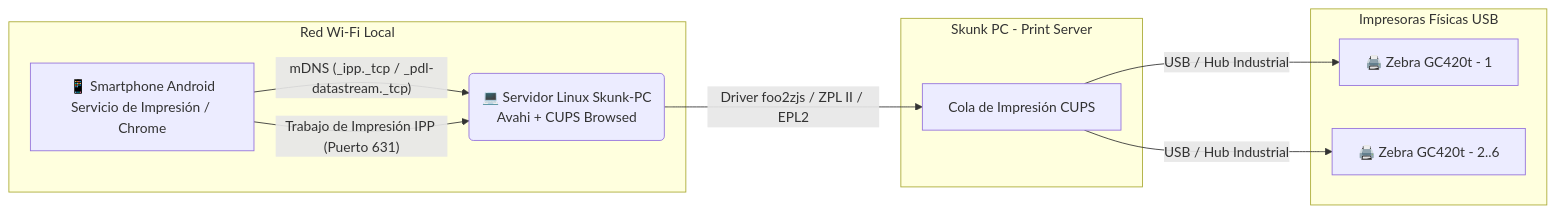
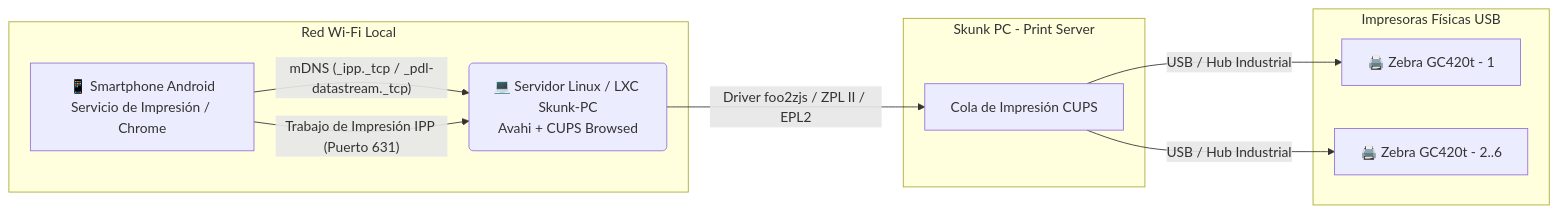
One commit to GerAjeno/Skunk-PC changed the diagram in README.md. Above: the diagram before and after it, drawn with Mermaid. The commit also changed other lines of this file and 1 other file, not shown here.

Commit message:
docs: add comprehensive Proxmox LXC setup & USB passthrough guide

````diff
--- a/README.md
+++ b/README.md
@@ -11,14 +16,14 @@
 ```mermaid
 graph LR
     subgraph LAN [Red Wi-Fi Local]
-        A[📱 Smartphone Android<br>Servicio de Impresión / Chrome] -- "mDNS (_ipp._tcp / _pdl-datastream._tcp)" --> B(💻 Servidor Linux Skunk-PC<br>Avahi + CUPS Browsed)
+        A[📱 Smartphone Android<br>Servicio de Impresión / Chrome] -- "mDNS (_ipp._tcp / _pdl-datastream._tcp)" --> B(💻 Servidor Linux / LXC Skunk-PC<br>Avahi + CUPS Browsed)
         A -- "Trabajo de Impresión IPP (Puerto 631)" --> B
     end
     subgraph SERVIDOR [Skunk PC - Print Server]
         B -- "Driver foo2zjs / ZPL II / EPL2" --> C[Cola de Impresión CUPS]
     end
     subgraph HARDWARE [Impresoras Físicas USB]
         C -- "USB / Hub Industrial" --> D1[🖨️ Zebra GC420t - 1]
         C -- "USB / Hub Industrial" --> D2[🖨️ Zebra GC420t - 2..6]
     end
 ```
````
